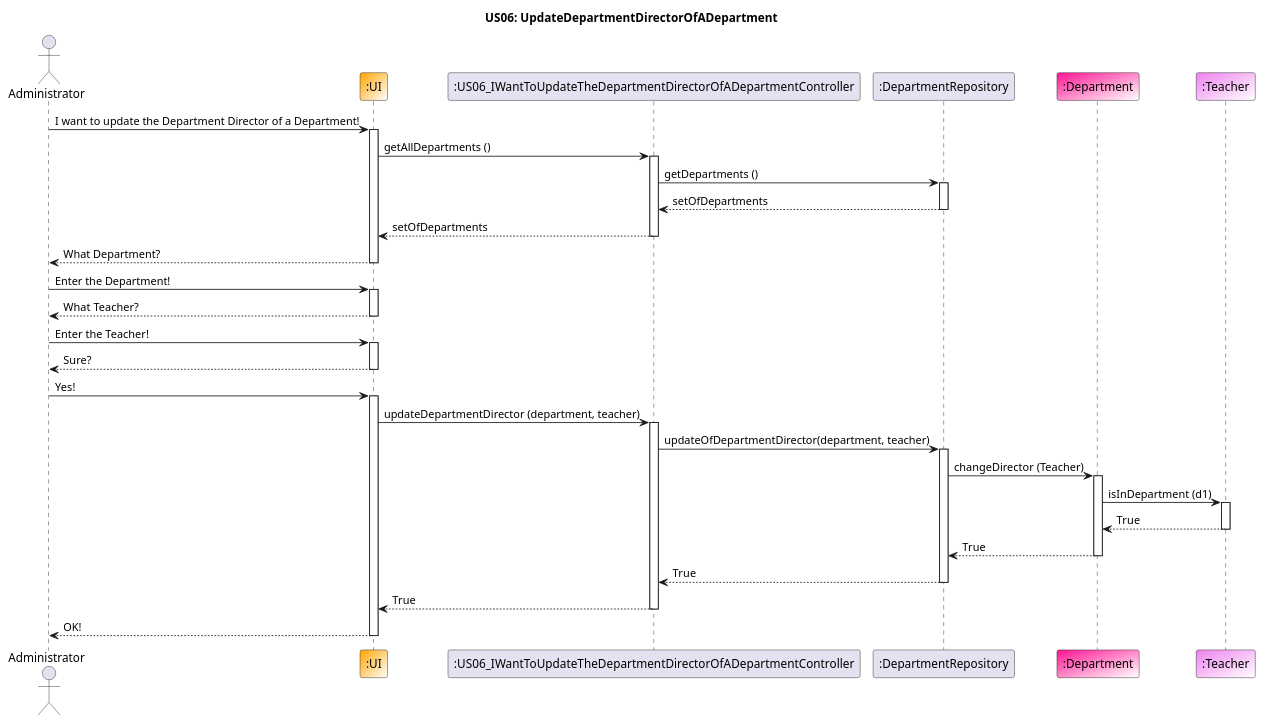
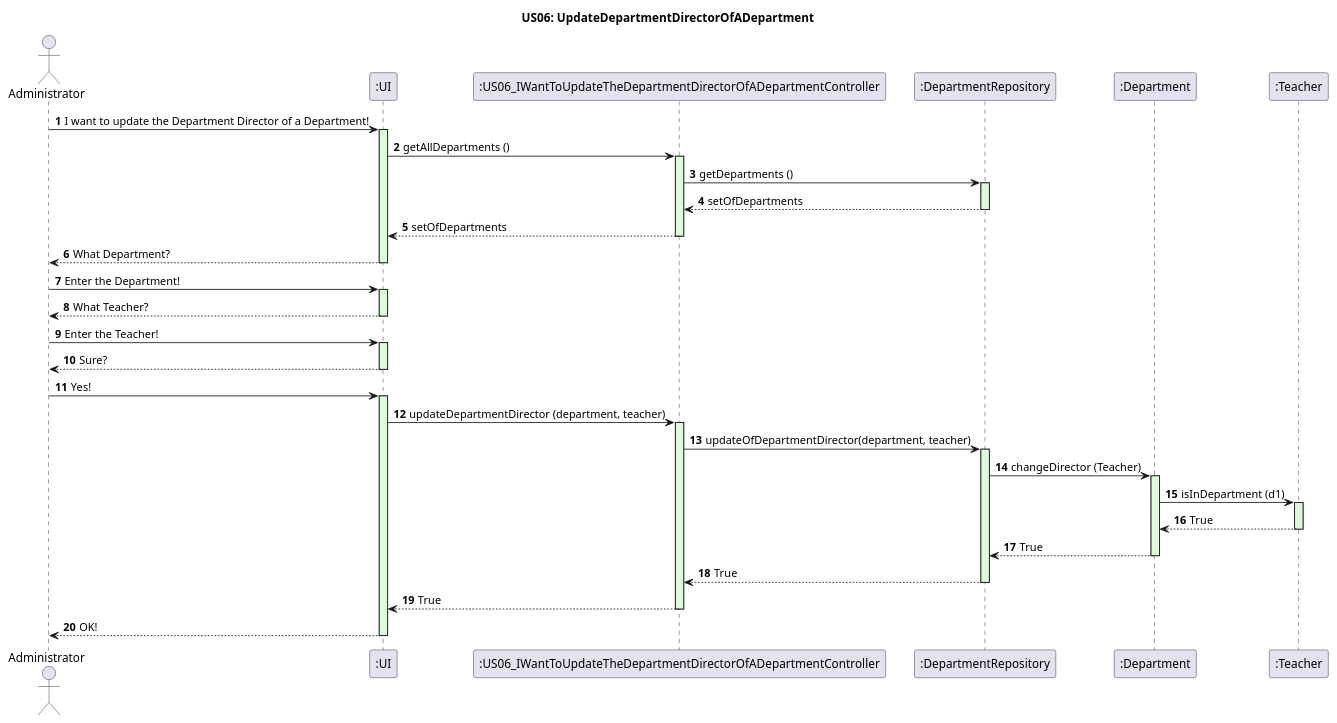
One commit to GasparISEP/DevOps-PAI changed the diagram in docs/US06/US06_UpdateDepartmentDirectorOfADepartment_SequenceDiagram.puml. Above: the diagram before and after it, drawn with PlantUML. The commit also changed 2 other files, not shown here.

Commit message:
US04, US06, US16 - Add autonumber and color to activation bars in the sequence diagrams for US04, US06, and US16

```diff
--- a/docs/US06/US06_UpdateDepartmentDirectorOfADepartment_SequenceDiagram.puml
+++ b/docs/US06/US06_UpdateDepartmentDirectorOfADepartment_SequenceDiagram.puml
@@ -1,57 +1,59 @@
 @startuml
+autonumber
+
 title US06: UpdateDepartmentDirectorOfADepartment
 actor Administrator
-participant ":UI" as UI #Orange/White
+participant ":UI" as UI
 
 Administrator -> UI: I want to update the Department Director of a Department!
-activate UI
+activate UI #ddfada
 participant ":US06_IWantToUpdateTheDepartmentDirectorOfADepartmentController" as Controller
 UI -> Controller: getAllDepartments ()
-activate Controller
+activate Controller #ddfada
 participant ":DepartmentRepository" as DepartmentRepository
 Controller -> DepartmentRepository: getDepartments ()
-activate DepartmentRepository
+activate DepartmentRepository #ddfada
 DepartmentRepository --> Controller: setOfDepartments
 deactivate DepartmentRepository
 Controller --> UI: setOfDepartments
 deactivate Controller
 
 UI --> Administrator: What Department?
 deactivate UI
 Administrator -> UI: Enter the Department!
-activate UI
+activate UI #ddfada
 UI --> Administrator: What Teacher?
 deactivate UI
 Administrator -> UI: Enter the Teacher!
-activate UI
+activate UI #ddfada
 UI --> Administrator: Sure?
 deactivate UI
 Administrator -> UI: Yes!
-activate UI
+activate UI #ddfada
 
 UI -> Controller : updateDepartmentDirector (department, teacher)
-activate Controller
+activate Controller #ddfada
 participant ":DepartmentRepository" as DepartmentRepository
 Controller -> DepartmentRepository: updateOfDepartmentDirector(department, teacher)
-participant ":Department" as Department #DeepPink/White
-activate DepartmentRepository
+participant ":Department" as Department
+activate DepartmentRepository #ddfada
 DepartmentRepository -> Department: changeDirector (Teacher)
-activate Department
-participant ":Teacher" as Teacher #Violet/White
+activate Department #ddfada
+participant ":Teacher" as Teacher
 Department -> Teacher: isInDepartment (d1)
-activate Teacher
+activate Teacher #ddfada
 Teacher --> Department: True
 deactivate Teacher
 Department --> DepartmentRepository: True
 deactivate Department
 DepartmentRepository --> Controller: True
 deactivate DepartmentRepository
 Controller --> UI: True
 deactivate Controller
 
 
 UI --> Administrator: OK!
 deactivate UI
 
 
 @enduml
```
